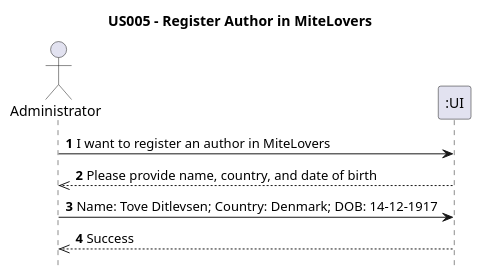
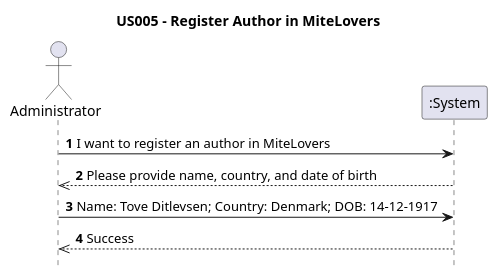
Before and after one commit to AndrePereiraGitH/SWitCH-Project-Team_A: the diagram in Diagrams/SequenceDiagrams/N1/US005-To-register-an-author-in-the-miteLovers.puml, drawn with PlantUML. The commit also changed 3 other files, not shown here.

```diff
--- a/Diagrams/SequenceDiagrams/N1/US005-To-register-an-author-in-the-miteLovers.puml
+++ b/Diagrams/SequenceDiagrams/N1/US005-To-register-an-author-in-the-miteLovers.puml
@@ -1,13 +1,13 @@
 @startuml
 hide footbox
 title US005 - Register Author in MiteLovers
 
 actor Administrator
-participant ":UI" as UI
+participant ":System" as System
 
-Administrator -> UI : **1** I want to register an author in MiteLovers
-UI -->> Administrator : **2** Please provide name, country, and date of birth
-Administrator -> UI : **3** Name: Tove Ditlevsen; Country: Denmark; DOB: 14-12-1917
-UI -->> Administrator : **4** Success
+Administrator -> System : **1** I want to register an author in MiteLovers
+System -->> Administrator : **2** Please provide name, country, and date of birth
+Administrator -> System : **3** Name: Tove Ditlevsen; Country: Denmark; DOB: 14-12-1917
+System -->> Administrator : **4** Success
 
 @enduml
```
